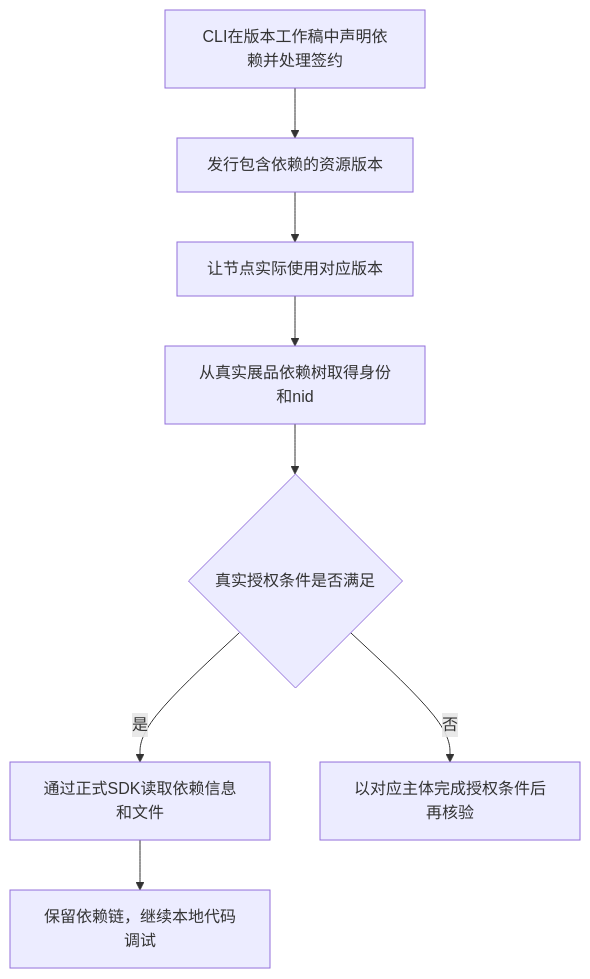
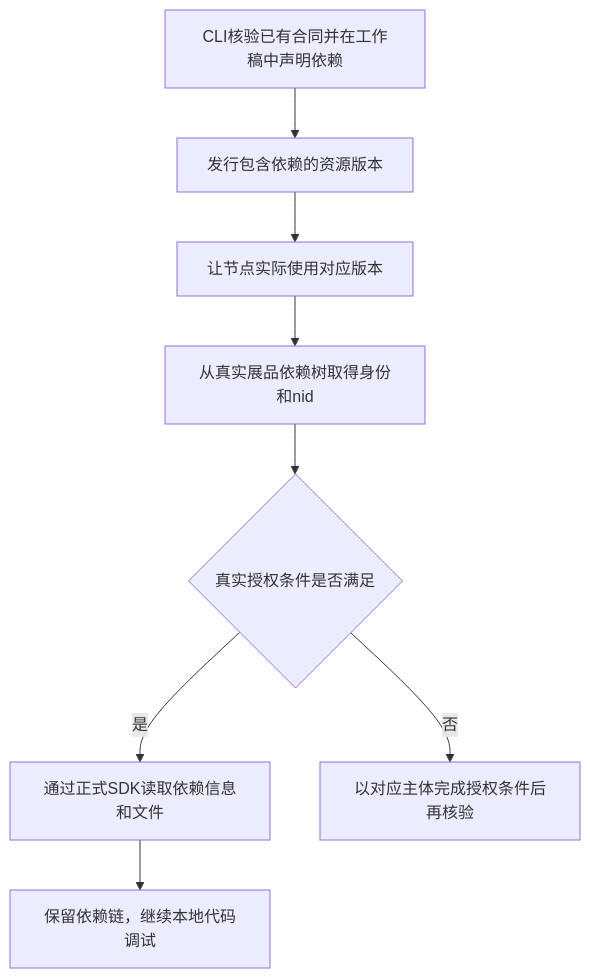
The diagram in docs-new/site/runtime/development.md (freelogfe/freelog-runtime), drawn with Mermaid before and after one commit. The commit also changed other lines of this file and 38 other files, not shown here.

````diff
--- a/docs-new/site/runtime/development.md
+++ b/docs-new/site/runtime/development.md
@@ -58,10 +58,10 @@
 ```mermaid
 flowchart TD
-  A[CLI在版本工作稿中声明依赖并处理签约] --> B[发行包含依赖的资源版本]
+  A[CLI核验已有合同并在工作稿中声明依赖] --> B[发行包含依赖的资源版本]
   B --> C[让节点实际使用对应版本]
   C --> D[从真实展品依赖树取得身份和nid]
   D --> E{真实授权条件是否满足}
   E -->|是| F[通过正式SDK读取依赖信息和文件]
   E -->|否| G[以对应主体完成授权条件后再核验]
   F --> H[保留依赖链，继续本地代码调试]
 ```
````
